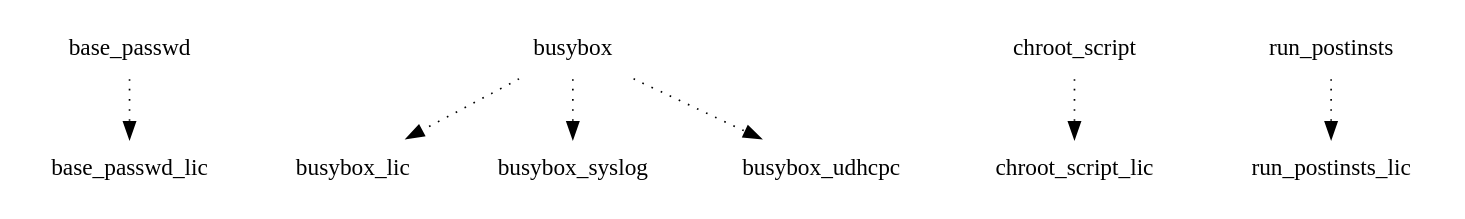
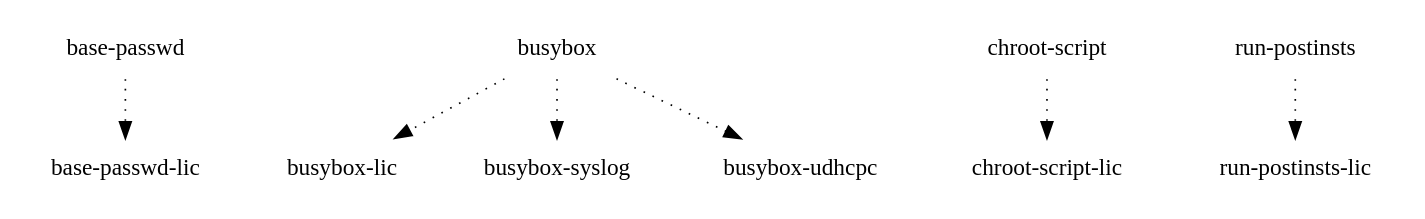
The diagram in images/maguro/eglibc/chroot-image/depends-nokernel-nolibc-noupdate.dot (webOS-ports/buildhistory), drawn with Graphviz before and after one commit. The commit also changed 16 other files, not shown here.

```diff
--- a/images/maguro/eglibc/chroot-image/depends-nokernel-nolibc-noupdate.dot
+++ b/images/maguro/eglibc/chroot-image/depends-nokernel-nolibc-noupdate.dot
@@ -1,9 +1,9 @@
 digraph depends {
     node [shape=plaintext]
-base_passwd -> base_passwd_lic [style=dotted];
-busybox -> busybox_lic [style=dotted];
-busybox -> busybox_syslog [style=dotted];
-busybox -> busybox_udhcpc [style=dotted];
-chroot_script -> chroot_script_lic [style=dotted];
-run_postinsts -> run_postinsts_lic [style=dotted];
+"base-passwd" -> "base-passwd-lic" [style=dotted];
+"busybox" -> "busybox-lic" [style=dotted];
+"busybox" -> "busybox-syslog" [style=dotted];
+"busybox" -> "busybox-udhcpc" [style=dotted];
+"chroot-script" -> "chroot-script-lic" [style=dotted];
+"run-postinsts" -> "run-postinsts-lic" [style=dotted];
 }
```
